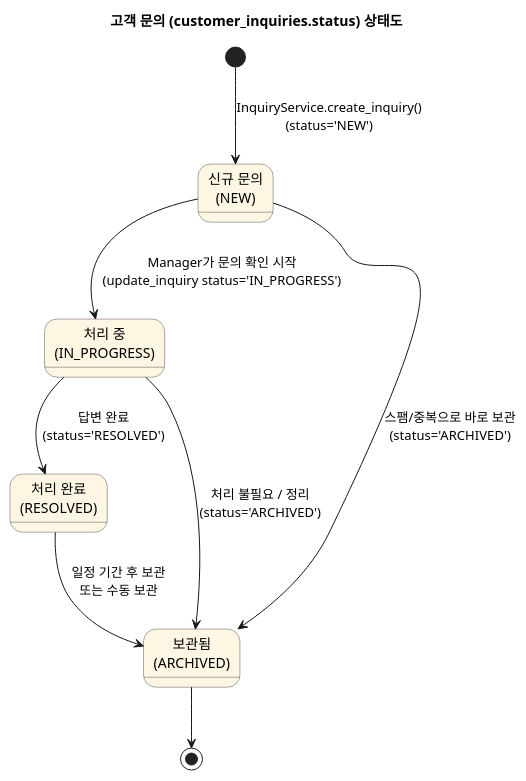
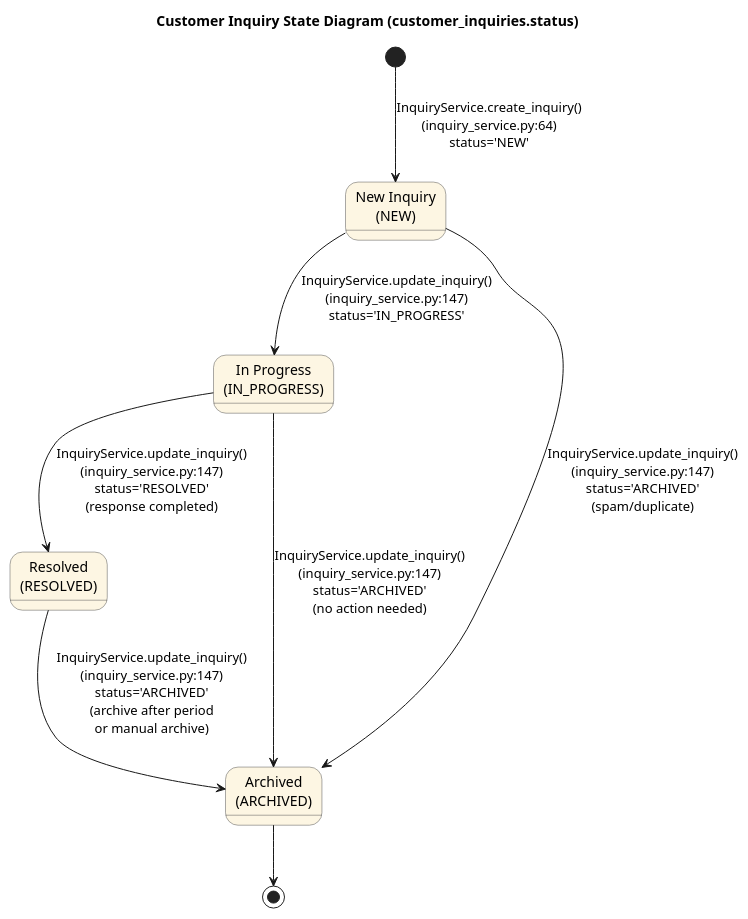
The diagram in SWE_Diagram/object_state_diagrams/customer_inquiry_state.puml (UOS2025SWE/MrDaebak), drawn with PlantUML before and after one commit. The commit also changed 95 other files, not shown here.

Commit message:
산출물 다이어그램 및 다이어그램에 대한 설명 추가

```diff
--- a/SWE_Diagram/object_state_diagrams/customer_inquiry_state.puml
+++ b/SWE_Diagram/object_state_diagrams/customer_inquiry_state.puml
@@ -1,37 +1,36 @@
 @startuml
-title "고객 문의 (customer_inquiries.status) 상태도"
+title "Customer Inquiry State Diagram (customer_inquiries.status)"
 
-skinparam defaultFontName "Malgun Gothic"
 skinparam shadowing false
 skinparam state {
   BackgroundColor #FDF6E3
   BorderColor #555
   RoundCorner 10
 }
 
-' --- 상태 정의 (States) ---
-state "신규 문의\n(NEW)" as New
-state "처리 중\n(IN_PROGRESS)" as InProgress
-state "처리 완료\n(RESOLVED)" as Resolved
-state "보관됨\n(ARCHIVED)" as Archived
+' --- States ---
+state "New Inquiry\n(NEW)" as New
+state "In Progress\n(IN_PROGRESS)" as InProgress
+state "Resolved\n(RESOLVED)" as Resolved
+state "Archived\n(ARCHIVED)" as Archived
 
-' --- 상태 전이 (Transitions) ---
+' --- Transitions ---
 
-' 시작점 (Entry Point)
-[*] --> New : InquiryService.create_inquiry()\n(status='NEW')
+' Entry Point
+[*] --> New : InquiryService.create_inquiry()\n(inquiry_service.py:64)\nstatus='NEW'
 
-' "NEW" 상태에서 가능한 전이
-New --> InProgress : Manager가 문의 확인 시작\n(update_inquiry status='IN_PROGRESS')
-New --> Archived : 스팸/중복으로 바로 보관\n(status='ARCHIVED')
+' From NEW state
+New --> InProgress : InquiryService.update_inquiry()\n(inquiry_service.py:147)\nstatus='IN_PROGRESS'
+New --> Archived : InquiryService.update_inquiry()\n(inquiry_service.py:147)\nstatus='ARCHIVED'\n(spam/duplicate)
 
-' "IN_PROGRESS" 상태에서 가능한 전이
-InProgress --> Resolved : 답변 완료\n(status='RESOLVED')
-InProgress --> Archived : 처리 불필요 / 정리\n(status='ARCHIVED')
+' From IN_PROGRESS state
+InProgress --> Resolved : InquiryService.update_inquiry()\n(inquiry_service.py:147)\nstatus='RESOLVED'\n(response completed)
+InProgress --> Archived : InquiryService.update_inquiry()\n(inquiry_service.py:147)\nstatus='ARCHIVED'\n(no action needed)
 
-' "RESOLVED" 상태에서 가능한 전이
-Resolved --> Archived : 일정 기간 후 보관\n또는 수동 보관
+' From RESOLVED state
+Resolved --> Archived : InquiryService.update_inquiry()\n(inquiry_service.py:147)\nstatus='ARCHIVED'\n(archive after period\nor manual archive)
 
-' 최종 상태 (End State)
+' End State
 Archived --> [*]
 
 @enduml
```
